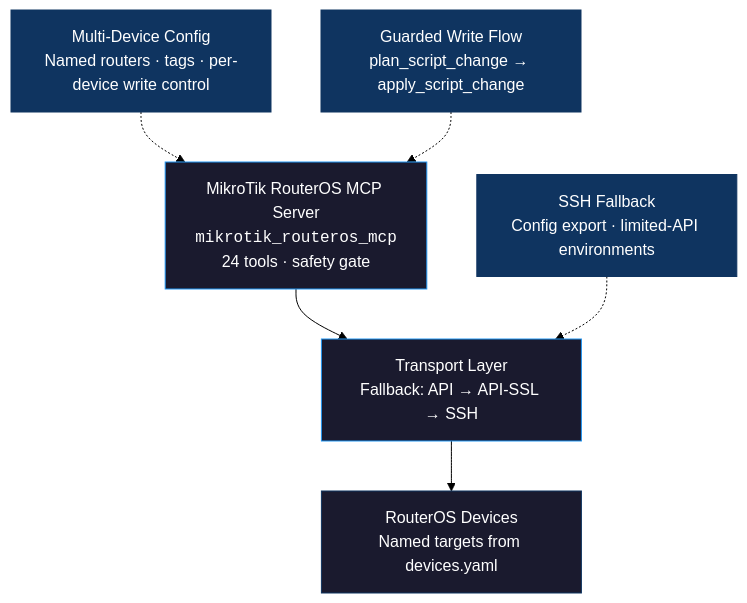
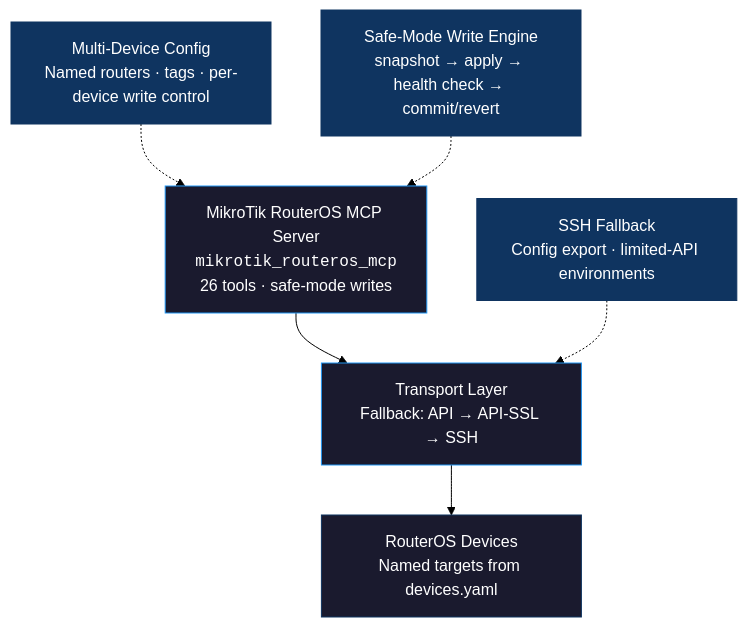
One commit to drohi-r/mikrotik-routeros-mcp changed the diagram in README.md. Above: the diagram before and after it, drawn with Mermaid (forest theme). The commit also changed other lines of this file and 10 other files, not shown here.

First line of the commit message:
feat: safe-mode write engine with pre-write snapshots (v0.2.0)

````diff
--- a/README.md
+++ b/README.md
@@ -36,17 +36,17 @@
 ```mermaid
 graph TD
-    A["MikroTik RouterOS MCP Server<br/><code>mikrotik_routeros_mcp</code><br/>24 tools · safety gate"] --> B
+    A["MikroTik RouterOS MCP Server<br/><code>mikrotik_routeros_mcp</code><br/>26 tools · safe-mode writes"] --> B
     B["Transport Layer<br/>Fallback: API → API-SSL → SSH"] --> C
     C["RouterOS Devices<br/>Named targets from devices.yaml"]
 
     D["Multi-Device Config<br/>Named routers · tags · per-device write control"] -.-> A
-    E["Guarded Write Flow<br/>plan_script_change → apply_script_change"] -.-> A
+    E["Safe-Mode Write Engine<br/>snapshot → apply → health check → commit/revert"] -.-> A
     F["SSH Fallback<br/>Config export · limited-API environments"] -.-> B
 
     style A fill:#1a1a2e,stroke:#2196F3,color:#fff
     style B fill:#1a1a2e,stroke:#2196F3,color:#fff
     style C fill:#1a1a2e,stroke:#0f3460,color:#fff
     style D fill:#0f3460,stroke:#0f3460,color:#fff
     style E fill:#0f3460,stroke:#0f3460,color:#fff
     style F fill:#0f3460,stroke:#0f3460,color:#fff
 ```
````
